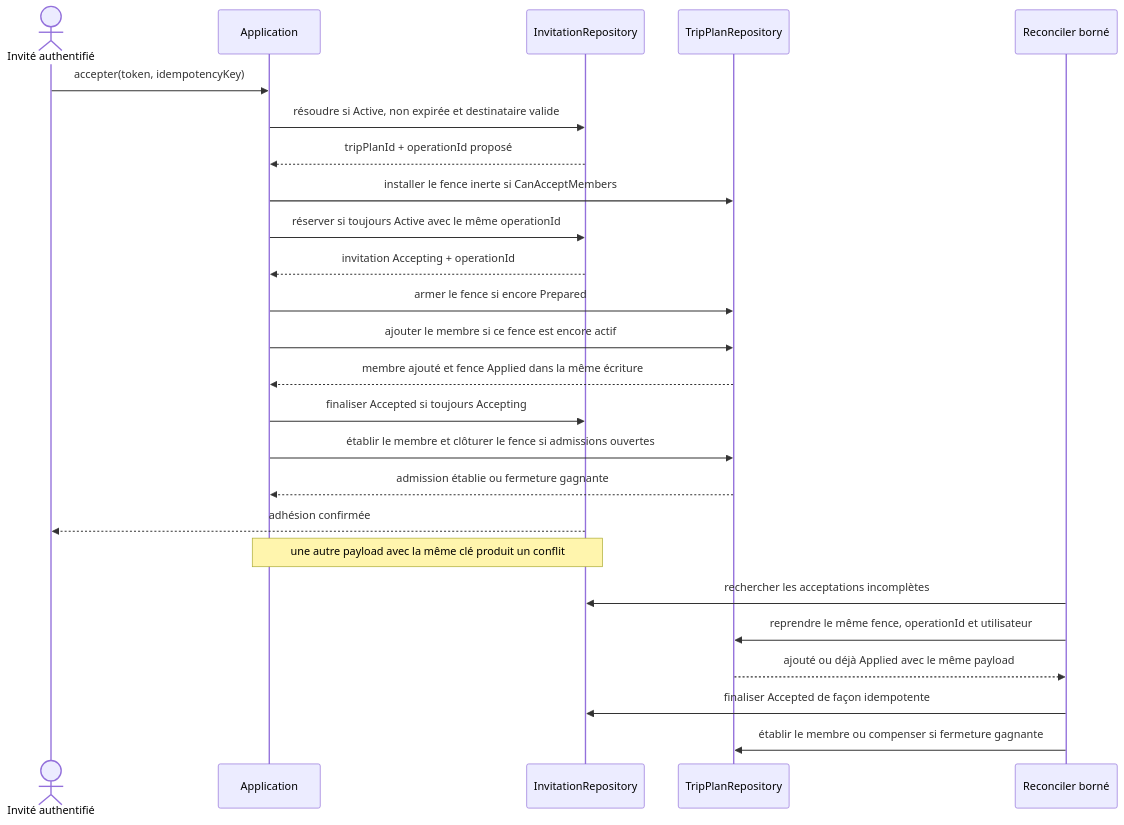
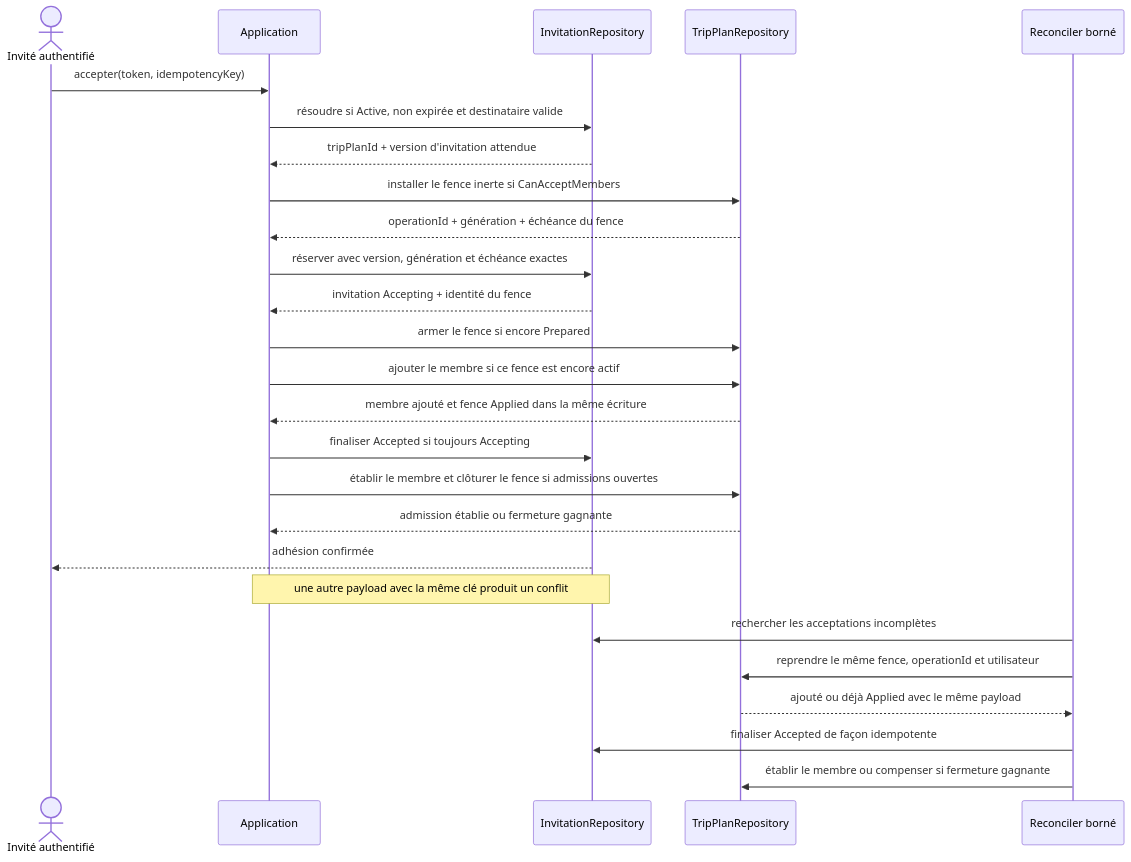
One commit to Ced59/AmusementParkProject changed the second of 4 diagrams in docs/architecture/product-growth-trip-01-aggregate-roles-privacy-2026-09-17.md. Above: the diagram before and after it, drawn with Mermaid. The commit also changed other lines of this file, not shown here.

Commit message:
docs(trip): borner les réservations retardées

````diff
--- a/docs/architecture/product-growth-trip-01-aggregate-roles-privacy-2026-09-17.md
+++ b/docs/architecture/product-growth-trip-01-aggregate-roles-privacy-2026-09-17.md
@@ -307,28 +307,29 @@
 ```mermaid
 sequenceDiagram
     actor I as Invité authentifié
     participant A as Application
     participant R as InvitationRepository
     participant P as TripPlanRepository
     participant J as Reconciler borné
 
     I->>A: accepter(token, idempotencyKey)
     A->>R: résoudre si Active, non expirée et destinataire valide
-    R-->>A: tripPlanId + operationId proposé
+    R-->>A: tripPlanId + version d'invitation attendue
     A->>P: installer le fence inerte si CanAcceptMembers
-    A->>R: réserver si toujours Active avec le même operationId
-    R-->>A: invitation Accepting + operationId
+    P-->>A: operationId + génération + échéance du fence
+    A->>R: réserver avec version, génération et échéance exactes
+    R-->>A: invitation Accepting + identité du fence
     A->>P: armer le fence si encore Prepared
     A->>P: ajouter le membre si ce fence est encore actif
     P-->>A: membre ajouté et fence Applied dans la même écriture
     A->>R: finaliser Accepted si toujours Accepting
     A->>P: établir le membre et clôturer le fence si admissions ouvertes
     P-->>A: admission établie ou fermeture gagnante
     R-->>I: adhésion confirmée
     Note over A,R: une autre payload avec la même clé produit un conflit
     J->>R: rechercher les acceptations incomplètes
     J->>P: reprendre le même fence, operationId et utilisateur
     P-->>J: ajouté ou déjà Applied avec le même payload
     J->>R: finaliser Accepted de façon idempotente
     J->>P: établir le membre ou compenser si fermeture gagnante
 ```
````
